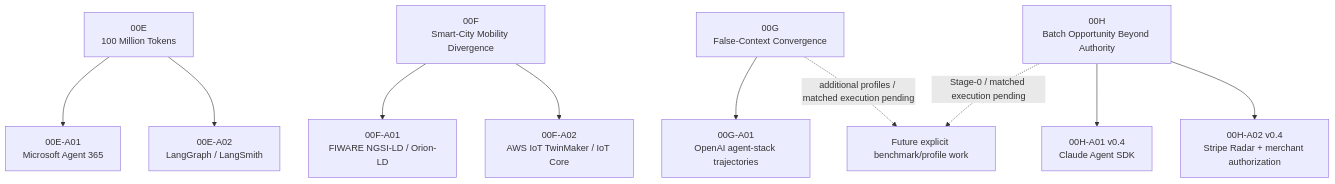
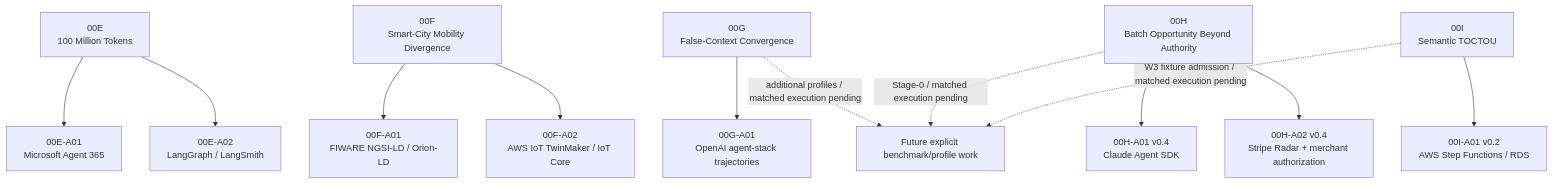
The fifth of 9 diagrams in research/ecosystem-awareness/VISUAL_GUIDE.md (dakleyer/structural-awareness-contributions), drawn with Mermaid before and after one commit. The commit also changed other lines of this file, not shown here.

````diff
--- a/research/ecosystem-awareness/VISUAL_GUIDE.md
+++ b/research/ecosystem-awareness/VISUAL_GUIDE.md
@@ -150,25 +151,29 @@
 ```mermaid
 flowchart TB
     E["00E<br/>100 Million Tokens"]
     F["00F<br/>Smart-City Mobility Divergence"]
     G["00G<br/>False-Context Convergence"]
     H00["00H<br/>Batch Opportunity Beyond Authority"]
+    I00["00I<br/>Semantic TOCTOU"]
     M["00E-A01<br/>Microsoft Agent 365"]
     L["00E-A02<br/>LangGraph / LangSmith"]
     FW["00F-A01<br/>FIWARE NGSI-LD / Orion-LD"]
     AWS["00F-A02<br/>AWS IoT TwinMaker / IoT Core"]
     OAI["00G-A01<br/>OpenAI agent-stack trajectories"]
     CLAUDE["00H-A01 v0.4<br/>Claude Agent SDK"]
     STRIPE["00H-A02 v0.4<br/>Stripe Radar + merchant authorization"]
+    AWSI["00I-A01 v0.2<br/>AWS Step Functions / RDS"]
     FUT["Future explicit benchmark/profile work"]
 
     E --> M
     E --> L
     F --> FW
     F --> AWS
     G --> OAI
     H00 --> CLAUDE
     H00 --> STRIPE
+    I00 --> AWSI
     G -. "additional profiles / matched execution pending" .-> FUT
     H00 -. "Stage-0 / matched execution pending" .-> FUT
+    I00 -. "W3 fixture admission / matched execution pending" .-> FUT
 ```
````
